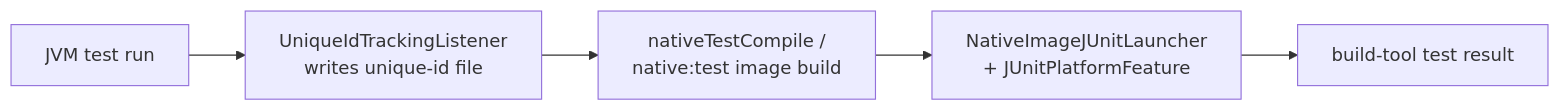
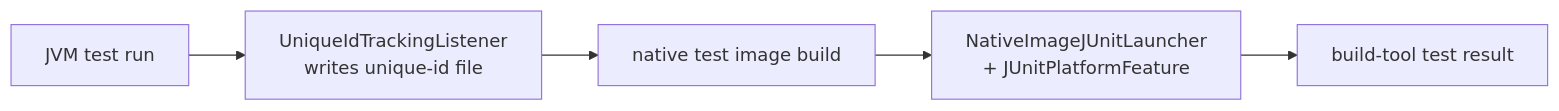
One commit to graalvm/native-build-tools changed the diagram in docs/spec/functional/native-tests.md. Above: the diagram before and after it, drawn with Mermaid. The commit also changed other lines of this file and 69 other files, not shown here.

````diff
--- a/docs/spec/functional/native-tests.md
+++ b/docs/spec/functional/native-tests.md
@@ -10,13 +10,13 @@
 ```mermaid
 flowchart LR
     JVM["JVM test run"]
     IDs["UniqueIdTrackingListener<br/>writes unique-id file"]
-    Compile["nativeTestCompile /<br/>native:test image build"]
+    Compile["native test image build"]
     Launcher["NativeImageJUnitLauncher<br/>+ JUnitPlatformFeature"]
     Result["build-tool test result"]
 
     JVM --> IDs
     IDs --> Compile
     Compile --> Launcher
     Launcher --> Result
 ```
````
